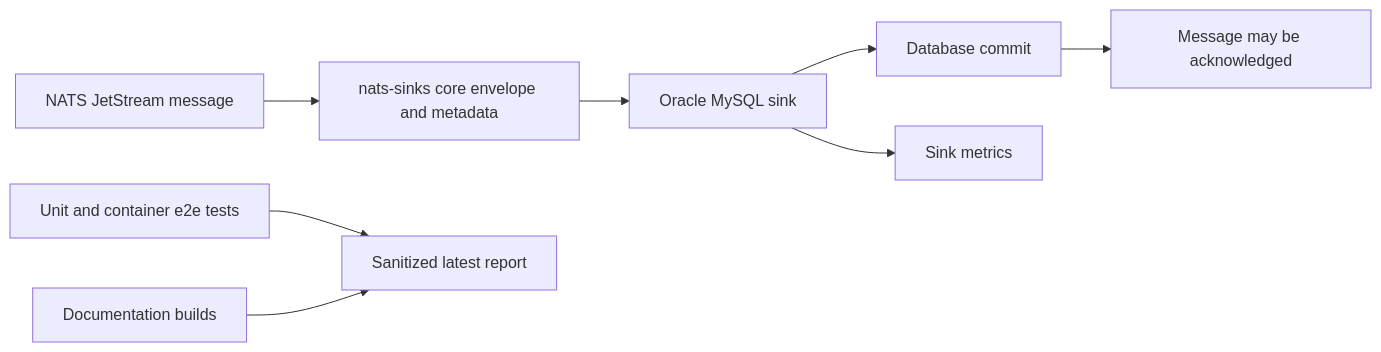
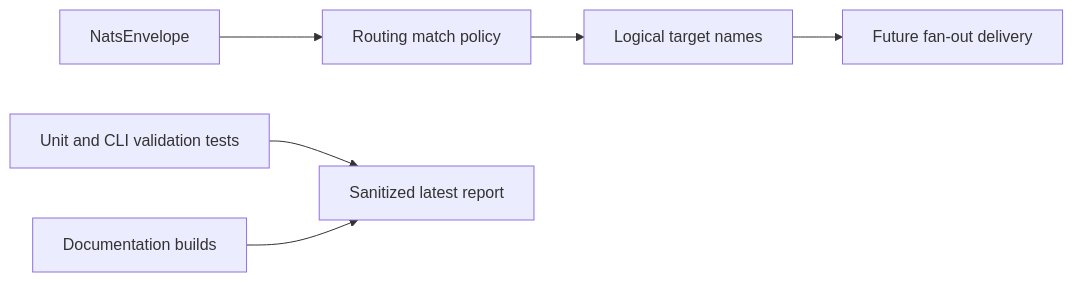
Before and after one commit to ProjectCuillin/nats-sinks: the diagram in docs/test-report.md, drawn with Mermaid. The commit also changed other lines of this file and 19 other files, not shown here.

Commit message:
Add generic route match policy selector

````diff
--- a/docs/test-report.md
+++ b/docs/test-report.md
@@ -33,10 +30,8 @@
 ```mermaid
 flowchart LR
-    NATS[NATS JetStream message] --> Core[nats-sinks core envelope and metadata]
-    Core --> MySQL[Oracle MySQL sink]
-    MySQL --> Commit[Database commit]
-    Commit --> Ack[Message may be acknowledged]
-    MySQL --> Metrics[Sink metrics]
-    Tests[Unit and container e2e tests] --> Report[Sanitized latest report]
+    Env[NatsEnvelope] --> Policy[Routing match policy]
+    Policy --> Targets[Logical target names]
+    Targets --> Future[Future fan-out delivery]
+    Tests[Unit and CLI validation tests] --> Report[Sanitized latest report]
     Docs[Documentation builds] --> Report
 ```
````
